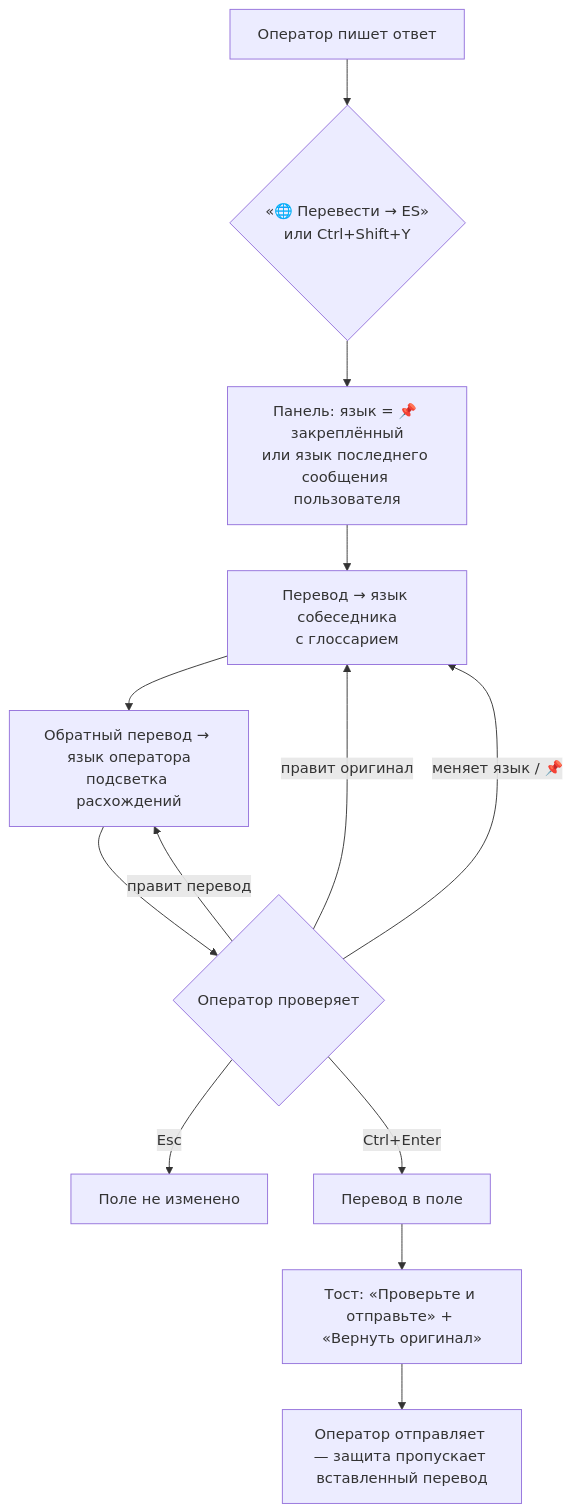
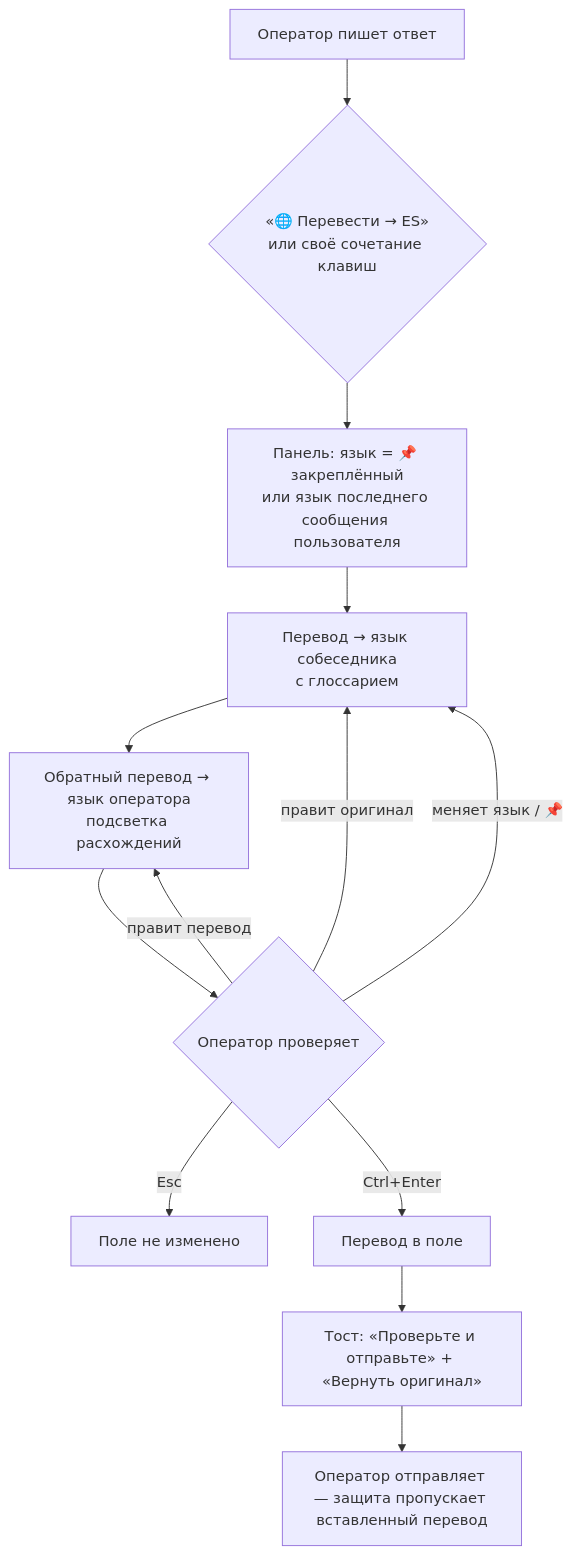
The second of 3 diagrams in docs/03-processes.md (Thsydag213/support-translator), drawn with Mermaid before and after one commit. The commit also changed 38 other files, not shown here.

Commit message:
v0.5.2: Shift+Enter send mode, drop Ctrl+Shift+Y default shortcut, macOS key handling

````diff
--- a/docs/03-processes.md
+++ b/docs/03-processes.md
@@ -35,15 +35,15 @@
 ```mermaid
 flowchart TD
-  A[Оператор пишет ответ] --> B{«🌐 Перевести → ES»<br/>или Ctrl+Shift+Y}
+  A[Оператор пишет ответ] --> B{«🌐 Перевести → ES»<br/>или своё сочетание клавиш}
   B --> C[Панель: язык = 📌 закреплённый<br/>или язык последнего сообщения пользователя]
   C --> D[Перевод → язык собеседника<br/>с глоссарием]
   D --> E[Обратный перевод → язык оператора<br/>подсветка расхождений]
   E --> F{Оператор проверяет}
   F -- правит оригинал --> D
   F -- правит перевод --> E
   F -- меняет язык / 📌 --> D
   F -- Esc --> X[Поле не изменено]
   F -- Ctrl+Enter --> G[Перевод в поле]
   G --> H[Тост: «Проверьте и отправьте» + «Вернуть оригинал»]
   H --> I[Оператор отправляет — защита пропускает вставленный перевод]
 ```
````
